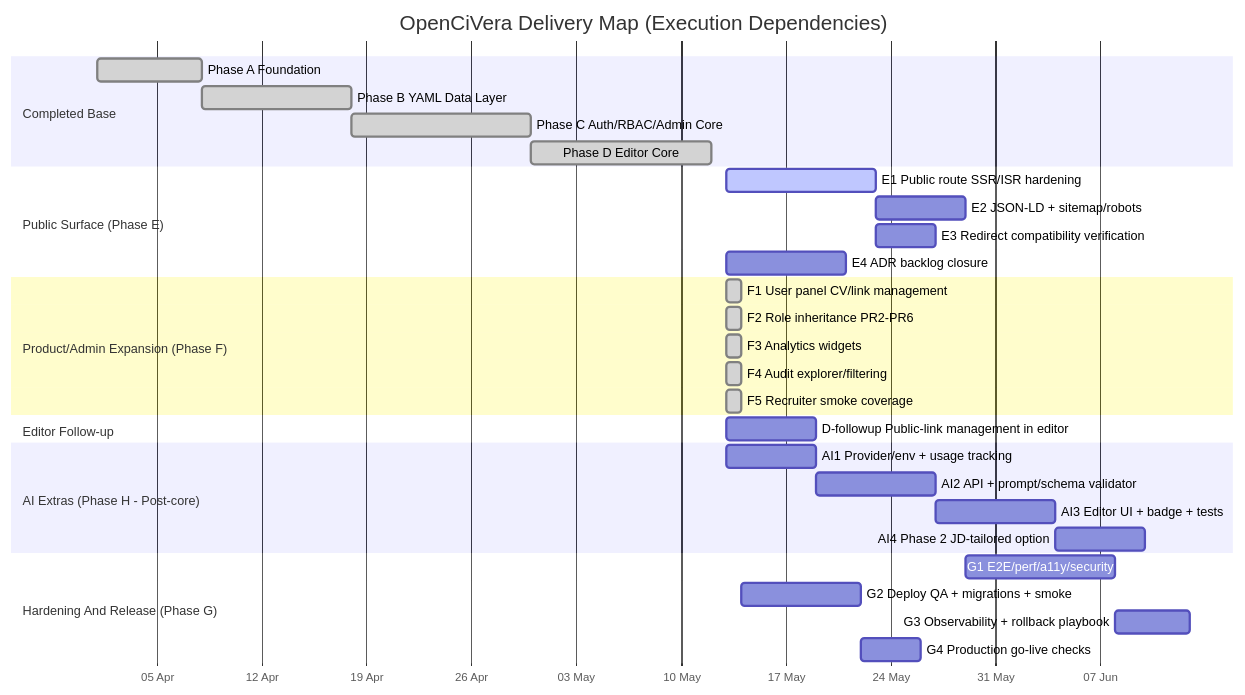
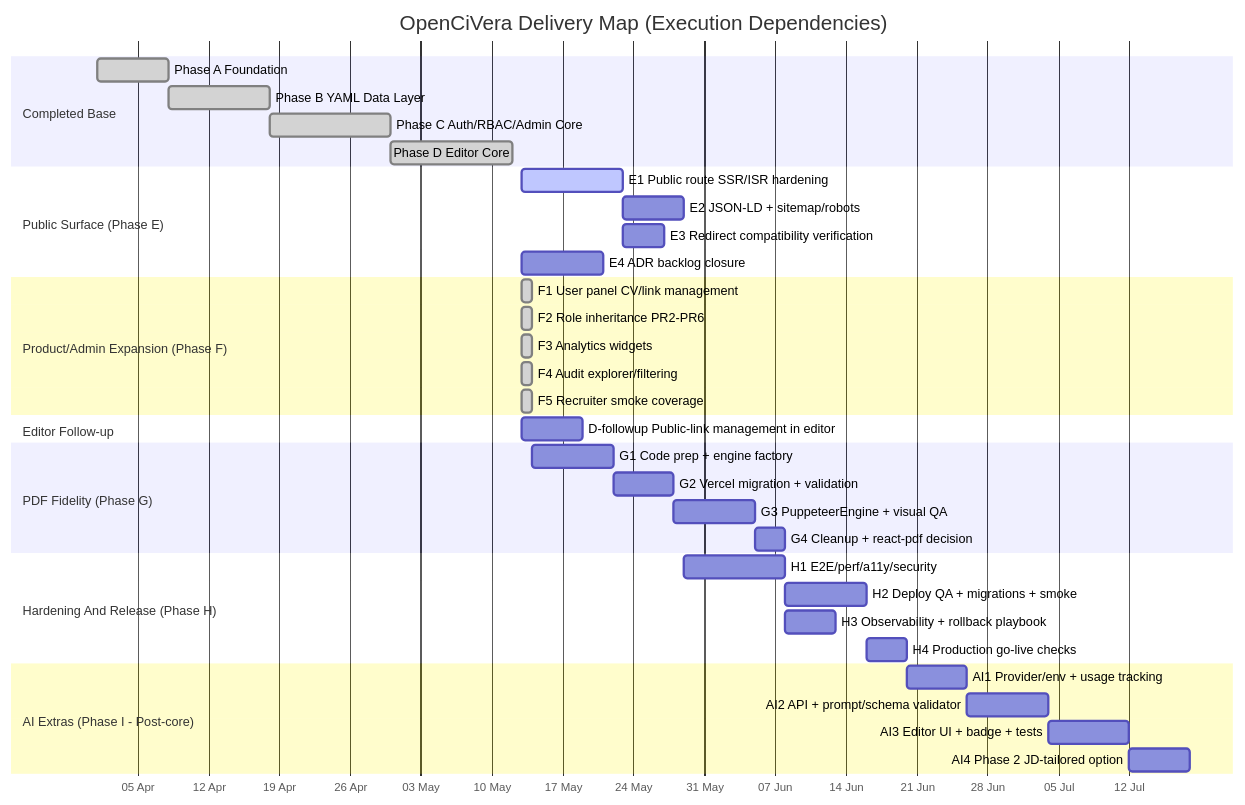
One commit to Sysdrummatic/resume-studio changed the diagram in docs/action-plan.md. Above: the diagram before and after it, drawn with Mermaid. The commit also changed other lines of this file and 7 other files, not shown here.

````diff
--- a/docs/action-plan.md
+++ b/docs/action-plan.md
@@ -144,40 +159,46 @@
 ```mermaid
 gantt
   title OpenCiVera Delivery Map (Execution Dependencies)
   dateFormat  YYYY-MM-DD
   axisFormat  %d %b
 
   section Completed Base
   Phase A Foundation                       :done, a1, 2026-04-01, 7d
   Phase B YAML Data Layer                  :done, a2, after a1, 10d
   Phase C Auth/RBAC/Admin Core             :done, a3, after a2, 12d
   Phase D Editor Core                      :done, a4, after a3, 12d
 
   section Public Surface (Phase E)
   E1 Public route SSR/ISR hardening        :active, e1, 2026-05-13, 10d
   E2 JSON-LD + sitemap/robots              :e2, after e1, 6d
   E3 Redirect compatibility verification    :e3, after e1, 4d
   E4 ADR backlog closure                    :e4, 2026-05-13, 8d
 
   section Product/Admin Expansion (Phase F)
   F1 User panel CV/link management         :done, f1, 2026-05-13, 1d
   F2 Role inheritance PR2-PR6              :done, f2, 2026-05-13, 1d
   F3 Analytics widgets                      :done, f3, 2026-05-13, 1d
   F4 Audit explorer/filtering               :done, f4, 2026-05-13, 1d
   F5 Recruiter smoke coverage               :done, f5, 2026-05-13, 1d
 
   section Editor Follow-up
   D-followup Public-link management in editor :d1, 2026-05-13, 6d
 
-  section AI Extras (Phase H - Post-core)
-  AI1 Provider/env + usage tracking         :ai1, 2026-05-13, 6d
+  section PDF Fidelity (Phase G)
+  G1 Code prep + engine factory             :g1, after f4, 8d
+  G2 Vercel migration + validation          :g2, after g1, 6d
+  G3 PuppeteerEngine + visual QA            :g3, after g2, 8d
+  G4 Cleanup + react-pdf decision           :g4, after g3, 3d
+
+  section Hardening And Release (Phase H)
+  H1 E2E/perf/a11y/security                 :h1, after e2, 10d
+  H2 Deploy QA + migrations + smoke         :h2, after h1, 8d
+  H3 Observability + rollback playbook      :h3, after h1, 5d
+  H4 Production go-live checks              :h4, after h2, 4d
+
+  section AI Extras (Phase I - Post-core)
+  AI1 Provider/env + usage tracking         :ai1, after h4, 6d
   AI2 API + prompt/schema validator         :ai2, after ai1, 8d
   AI3 Editor UI + badge + tests             :ai3, after ai2, 8d
   AI4 Phase 2 JD-tailored option            :ai4, after ai3, 6d
-
-  section Hardening And Release (Phase G)
-  G1 E2E/perf/a11y/security                 :g1, after e2, 10d
-  G2 Deploy QA + migrations + smoke         :g2, after f4, 8d
-  G3 Observability + rollback playbook      :g3, after g1, 5d
-  G4 Production go-live checks              :g4, after g2, 4d
 ```
````
